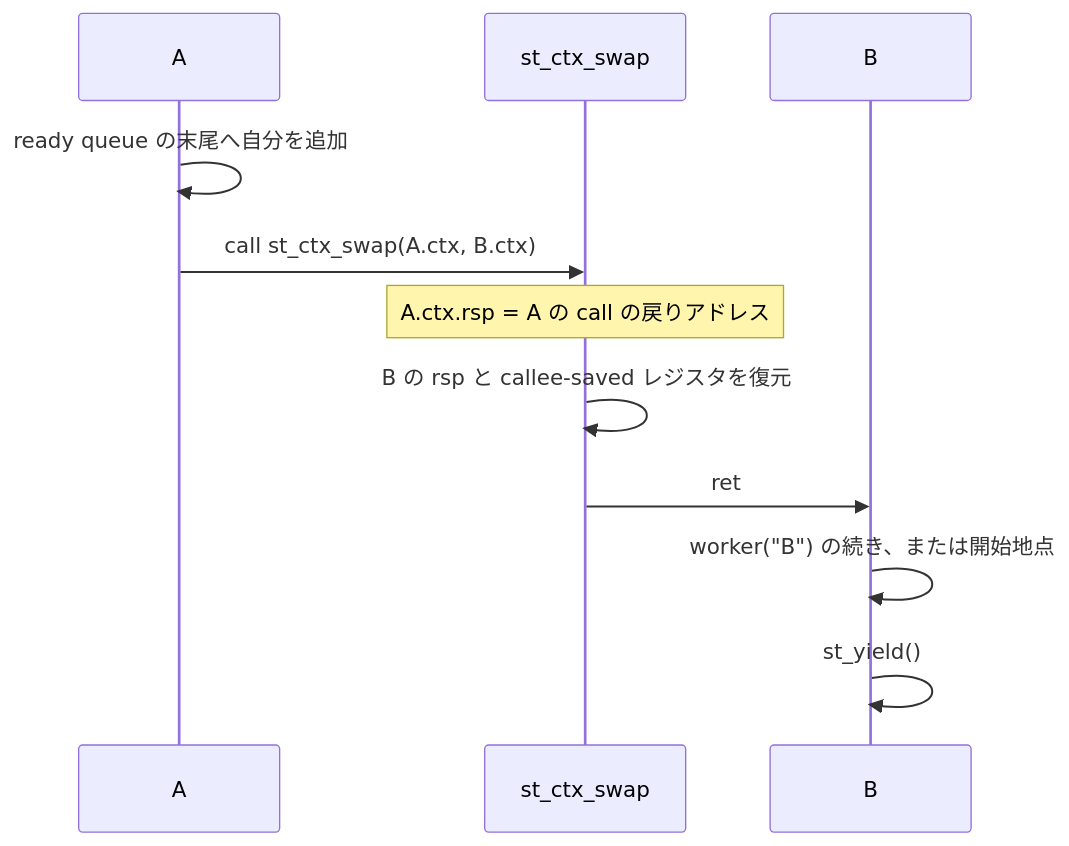
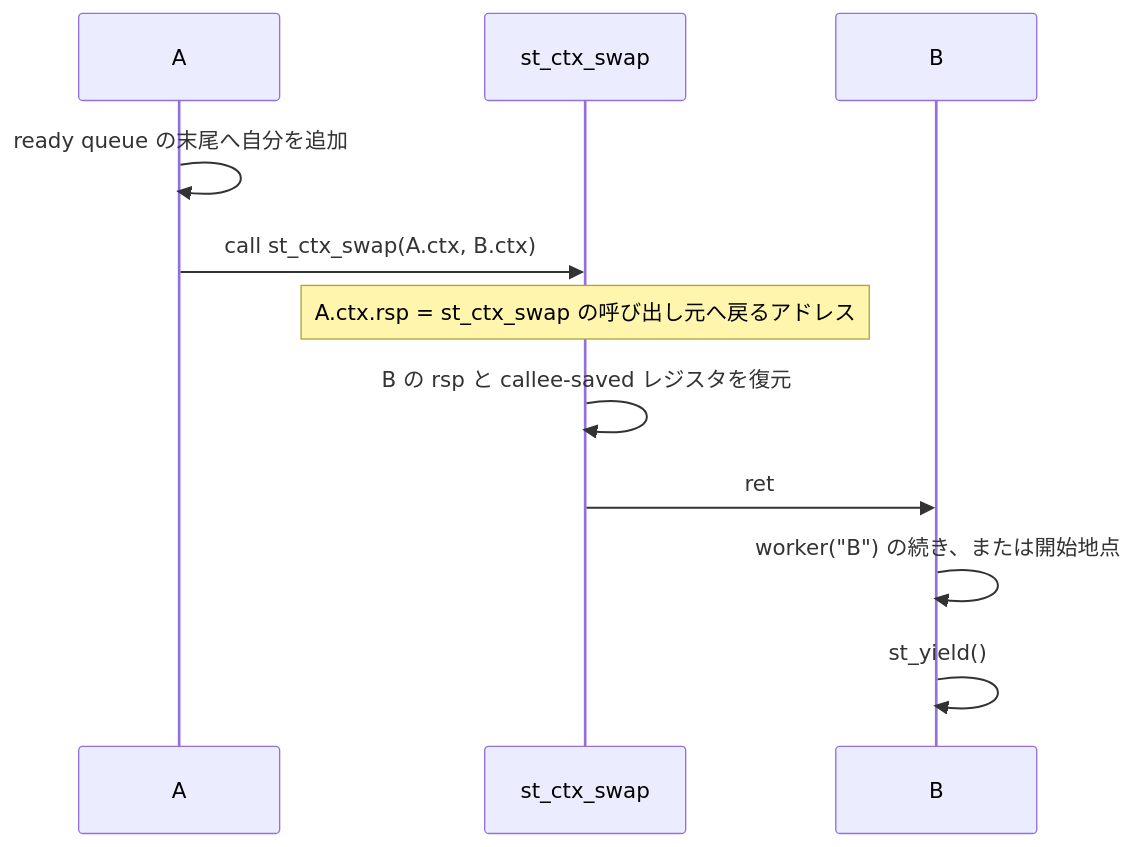
Before and after one commit to sokoide/trampoline: the second of 2 diagrams in README.md, drawn with Mermaid. The commit also changed other lines of this file and 5 other files, not shown here.

````diff
--- a/README.md
+++ b/README.md
@@ -118,14 +134,14 @@
 ```mermaid
 sequenceDiagram
     participant A as A
     participant X as st_ctx_swap
     participant B as B
 
     A->>A: ready queue の末尾へ自分を追加
     A->>X: call st_ctx_swap(A.ctx, B.ctx)
-    Note over X: A.ctx.rsp = A の call の戻りアドレス
+    Note over X: A.ctx.rsp = st_ctx_swap の呼び出し元へ戻るアドレス
     X->>X: B の rsp と callee-saved レジスタを復元
     X->>B: ret
     B->>B: worker("B") の続き、または開始地点
     B->>B: st_yield()
 ```
````
